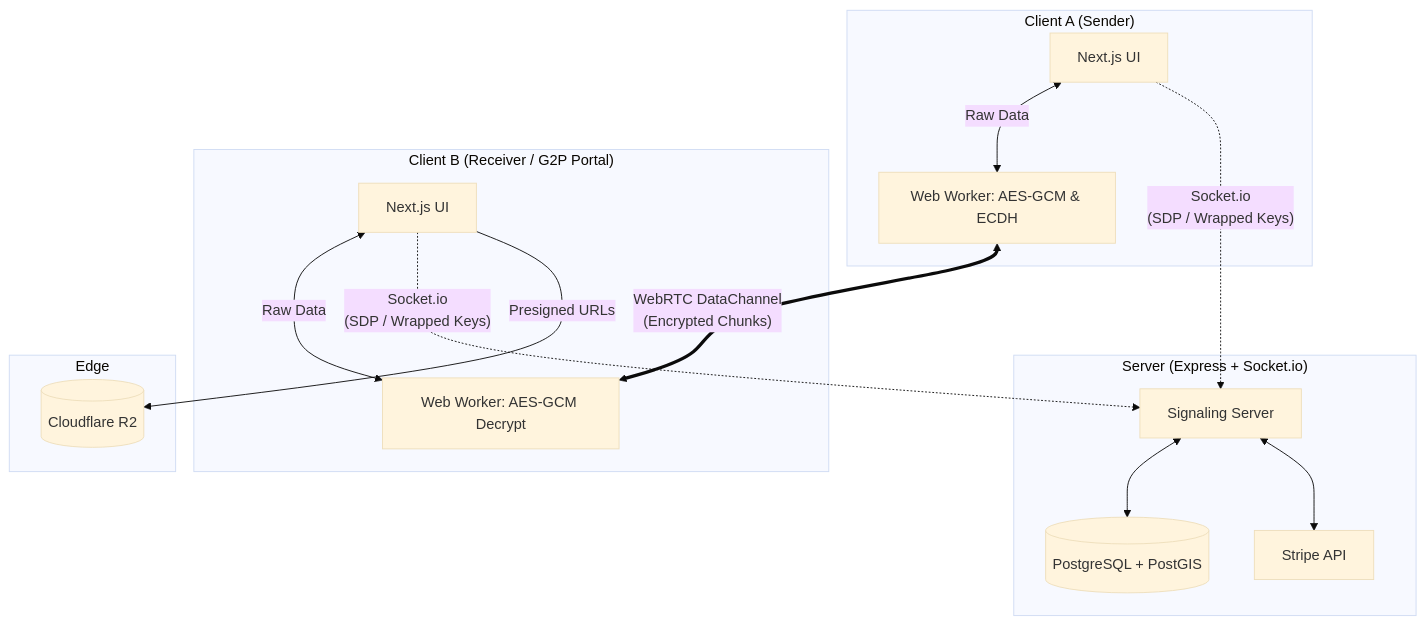
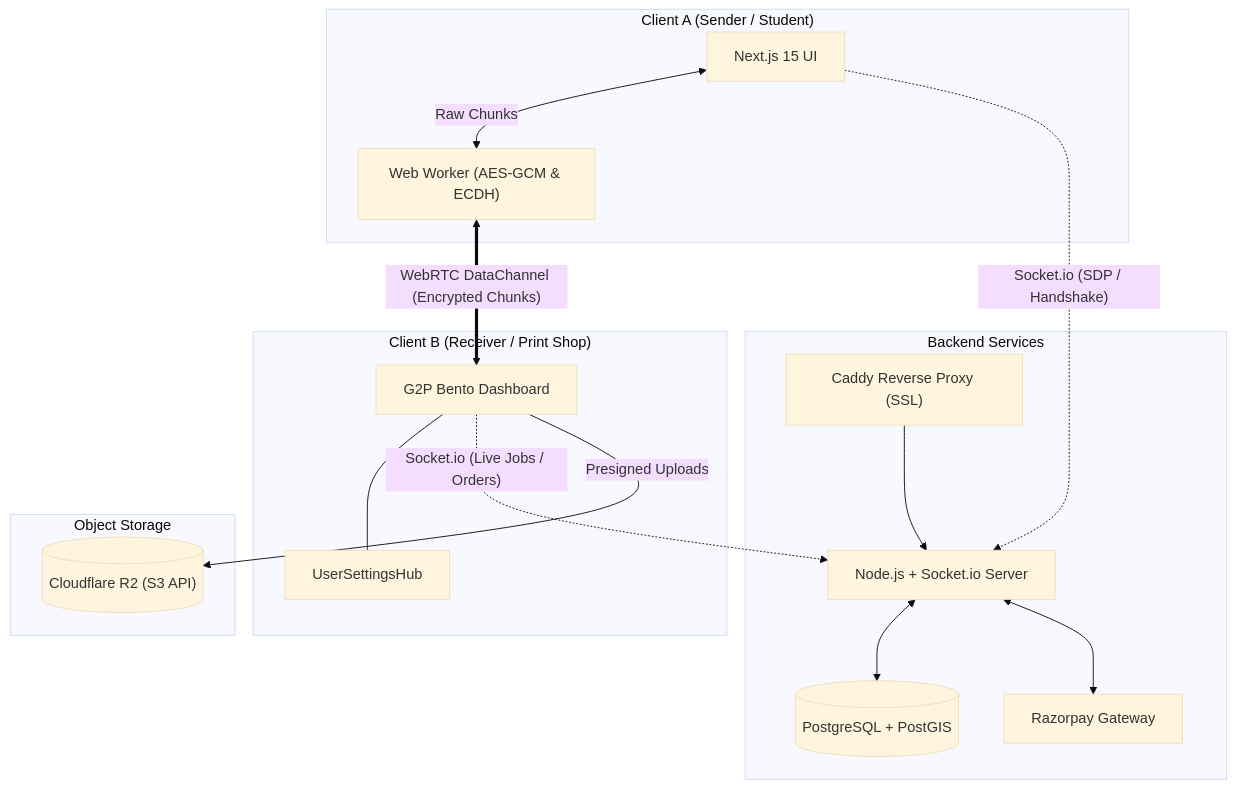
Before and after one commit to Kamal-dev-1999/share2me-test: the diagram in README.md, drawn with Mermaid (base theme). The commit also changed other lines of this file and 2 other files, not shown here.

Commit message:
docs(v3.5): update READMEs and knowledge base to reflect v3.5 architecture and UserSettingsHub

````diff
--- a/README.md
+++ b/README.md
@@ -70,36 +83,38 @@
 ```mermaid
 graph TD
-    subgraph client_a ["Client A (Sender)"]
-        UI_A["Next.js UI"]
-        Worker_A["Web Worker: AES-GCM & ECDH"]
-        UI_A <-->|"Raw Data"| Worker_A
+    subgraph client_a ["Client A (Sender / Student)"]
+        UI_A["Next.js 15 UI"]
+        Worker_A["Web Worker (AES-GCM & ECDH)"]
+        UI_A <-->|"Raw Chunks"| Worker_A
     end
 
-    subgraph client_b ["Client B (Receiver / G2P Portal)"]
-        UI_B["Next.js UI"]
-        Worker_B["Web Worker: AES-GCM Decrypt"]
-        UI_B <-->|"Raw Data"| Worker_B
+    subgraph client_b ["Client B (Receiver / Print Shop)"]
+        UI_B["G2P Bento Dashboard"]
+        Settings_B["UserSettingsHub"]
+        UI_B --- Settings_B
     end
 
-    subgraph server_node ["Server (Express + Socket.io)"]
-        Sig["Signaling Server"]
+    subgraph server_stack ["Backend Services"]
+        Sig["Node.js + Socket.io Server"]
         Postgres[("PostgreSQL + PostGIS")]
-        Stripe["Stripe API"]
+        Razorpay["Razorpay Gateway"]
+        Caddy["Caddy Reverse Proxy (SSL)"]
     end
 
-    subgraph edge_node ["Edge"]
-        R2[("Cloudflare R2")]
+    subgraph edge_storage ["Object Storage"]
+        R2[("Cloudflare R2 (S3 API)")]
     end
 
     %% WebRTC P2P
-    Worker_A <==>|"WebRTC DataChannel\n(Encrypted Chunks)"| Worker_B
+    Worker_A <==>|"WebRTC DataChannel (Encrypted Chunks)"| UI_B
 
-    %% Signaling
-    UI_A -.->|"Socket.io\n(SDP / Wrapped Keys)"| Sig
-    UI_B -.->|"Socket.io\n(SDP / Wrapped Keys)"| Sig
-    
-    %% Backend Integrations
+    %% Realtime Signaling & API
+    UI_A -.->|"Socket.io (SDP / Handshake)"| Sig
+    UI_B -.->|"Socket.io (Live Jobs / Orders)"| Sig
+    Caddy --> Sig
+
+    %% Database & Cloud Integrations
     Sig <--> Postgres
-    Sig <--> Stripe
-    UI_B -->|"Presigned URLs"| R2
+    Sig <--> Razorpay
+    UI_B -->|"Presigned Uploads"| R2
 ```
````
